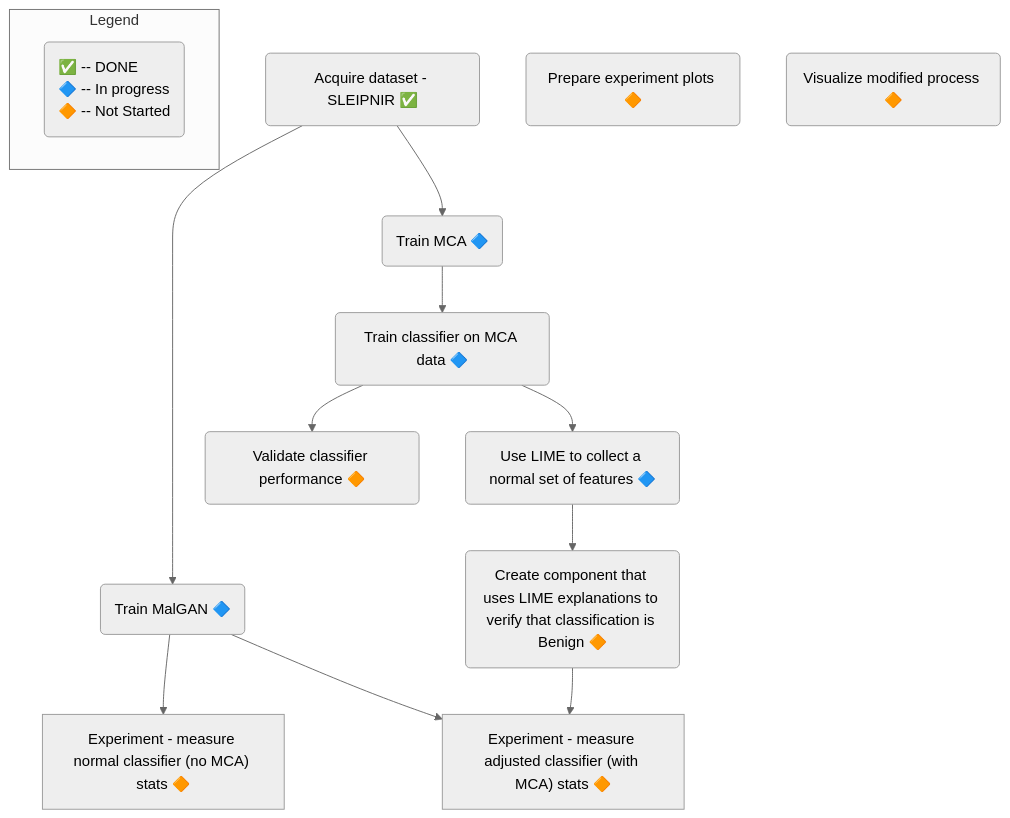
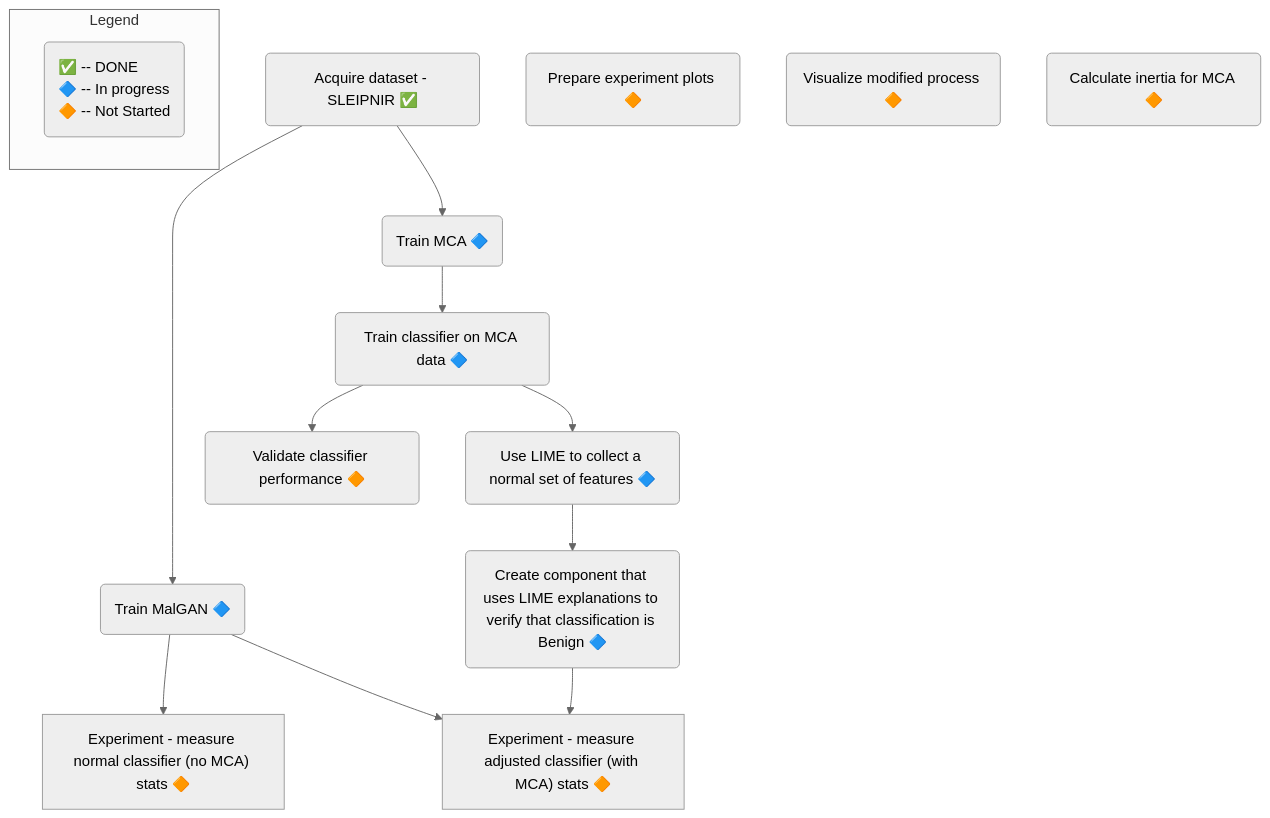
One commit to onlyidev/bachelor changed the second of 2 diagrams in README.md. Above: the diagram before and after it, drawn with Mermaid (neutral theme). The commit also changed 1 other file, not shown here.

Commit message:
Update ci/cd and readme

````diff
--- a/README.md
+++ b/README.md
@@ -53,33 +53,34 @@
 ```mermaid
 flowchart
 data("Acquire dataset - SLEIPNIR ✅")
 train("Train MalGAN 🔷")
 mca("Train MCA 🔷")
 classify("Train classifier on MCA data 🔷")
 validate("Validate classifier performance 🔶")
 collect("Use LIME to collect a normal set of features 🔷")
-lime("Create component that uses LIME explanations to verify that classification is Benign 🔶")
+lime("Create component that uses LIME explanations to verify that classification is Benign 🔷")
 exp1["Experiment - measure normal classifier (no MCA) stats 🔶"]
 exp2["Experiment - measure adjusted classifier (with MCA) stats 🔶"]
 plots("Prepare experiment plots 🔶")
 visual("Visualize modified process 🔶")
+inertia("Calculate inertia for MCA 🔶")
 
 data --> train
 data --> mca --> classify --> validate
 classify --> collect
 train --> exp1
 train --> exp2
 collect --> lime --> exp2
 
 subgraph Legend
 legend("`
 ✅ -- DONE
 🔷 -- In progress
 🔶 -- Not Started
 `")
 end
 
 classDef left text-align:left;
 class legend left
 
 ```
````
